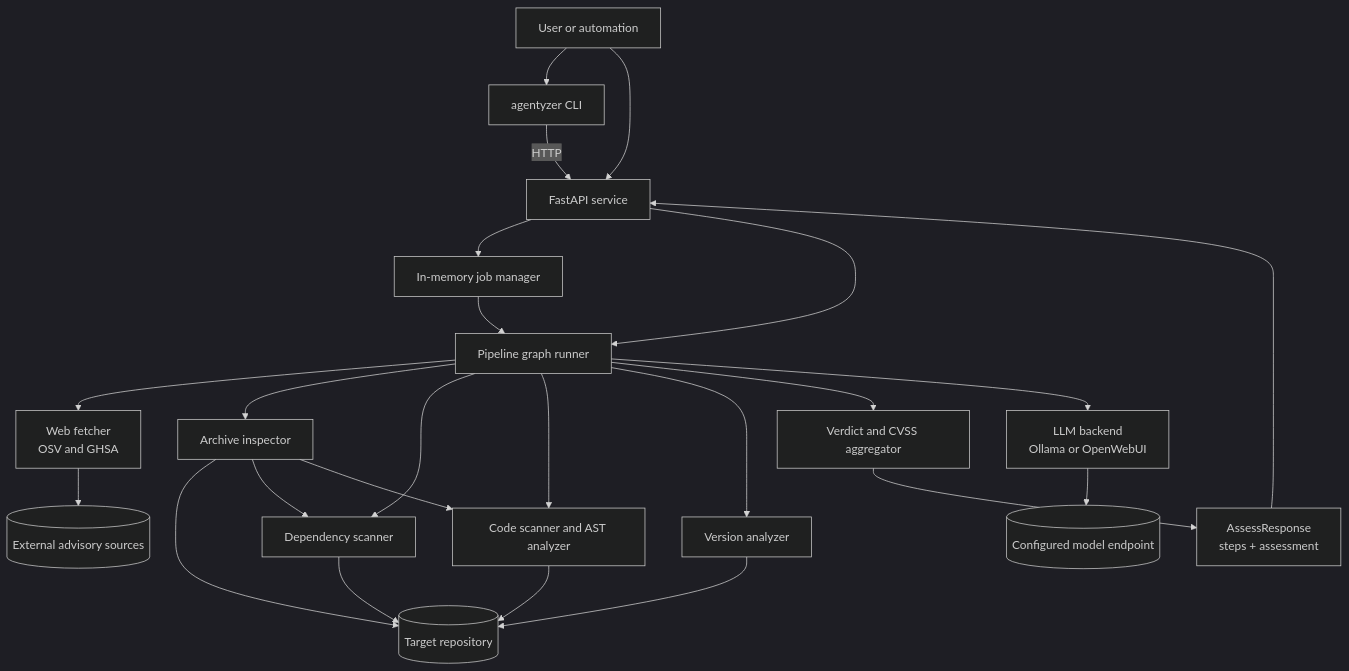
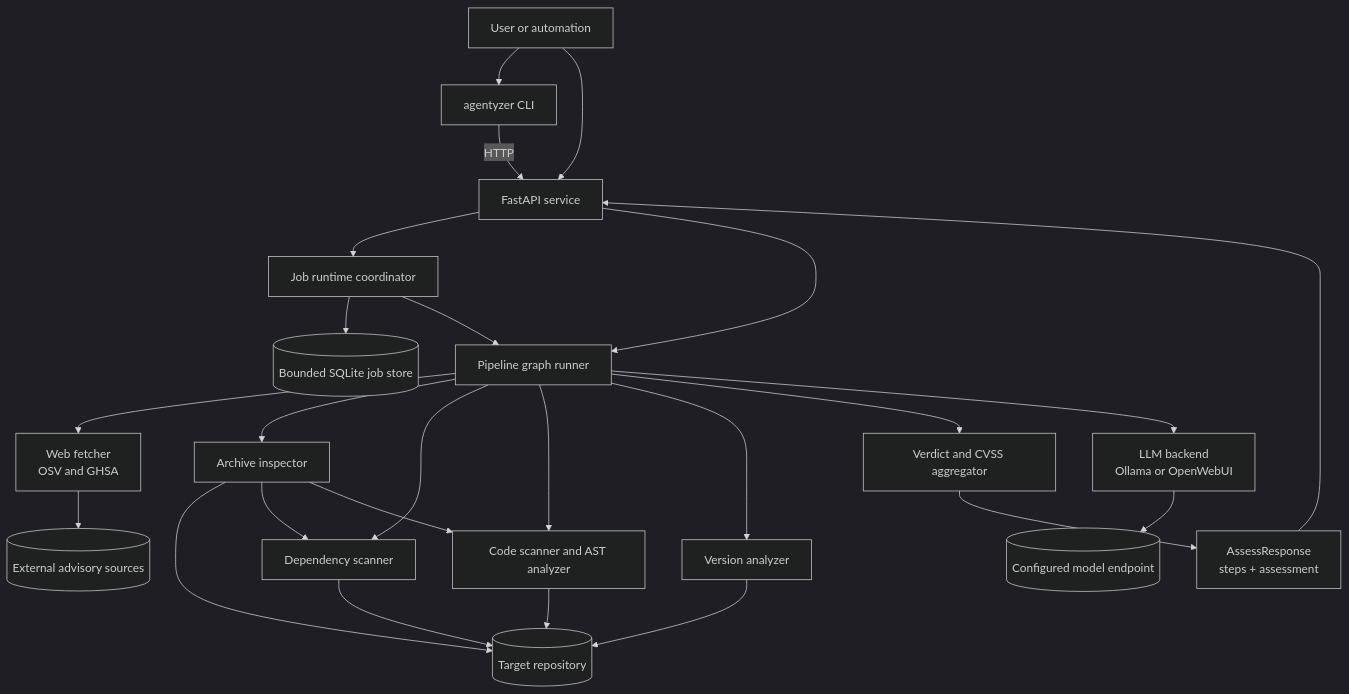
The diagram in agentyzer/README.md (phbaer/dtvp), drawn with Mermaid (dark theme) before and after one commit. The commit also changed other lines of this file and 7 other files, not shown here.

````diff
--- a/agentyzer/README.md
+++ b/agentyzer/README.md
@@ -111,30 +111,31 @@
 ```mermaid
 flowchart TD
     U[User or automation] --> C[agentyzer CLI]
     U --> A[FastAPI service]
     C -->|HTTP| A
 
-    A --> J[In-memory job manager]
+    A --> J[Job runtime coordinator]
+    J --> DB[(Bounded SQLite job store)]
     A --> G[Pipeline graph runner]
     J --> G
 
     G --> WF[Web fetcher\nOSV and GHSA]
     G --> AI[Archive inspector]
     G --> DS[Dependency scanner]
     G --> CS[Code scanner and AST analyzer]
     G --> VA[Version analyzer]
     G --> VD[Verdict and CVSS aggregator]
     G --> LLM[LLM backend\nOllama or OpenWebUI]
 
     AI --> R[(Target repository)]
     AI --> DS
     AI --> CS
     DS --> R
     CS --> R
     VA --> R
     WF --> E[(External advisory sources)]
     LLM --> O[(Configured model endpoint)]
 
     VD --> RESP[AssessResponse\nsteps + assessment]
     RESP --> A
 ```
````
